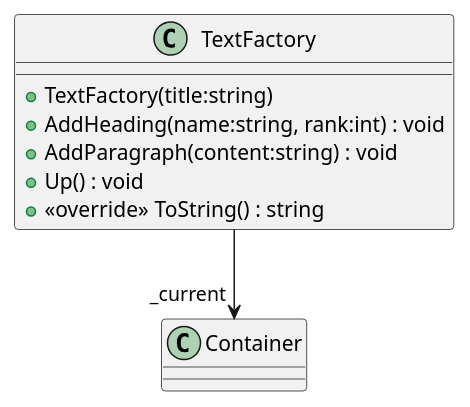
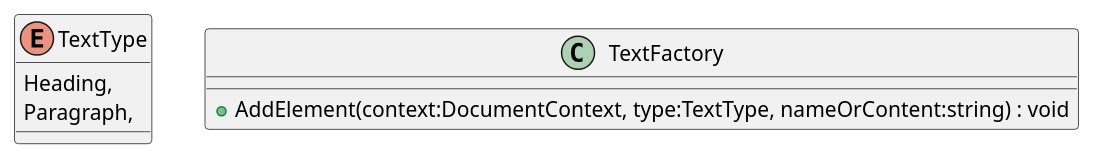
The diagram in Diagrams/AutoGeneratedModel/Text/TextFactory.puml (anatolii-dotsenko/Optima_OOP), drawn with PlantUML before and after one commit. The commit also changed 54 other files, not shown here.

```diff
--- a/Diagrams/AutoGeneratedModel/Text/TextFactory.puml
+++ b/Diagrams/AutoGeneratedModel/Text/TextFactory.puml
@@ -1,10 +1,9 @@
 @startuml
+enum TextType {
+    Heading,
+    Paragraph,
+}
 class TextFactory {
-    + TextFactory(title:string)
-    + AddHeading(name:string, rank:int) : void
-    + AddParagraph(content:string) : void
-    + Up() : void
-    + <<override>> ToString() : string
+    + AddElement(context:DocumentContext, type:TextType, nameOrContent:string) : void
 }
-TextFactory --> "_current" Container
 @enduml
```
